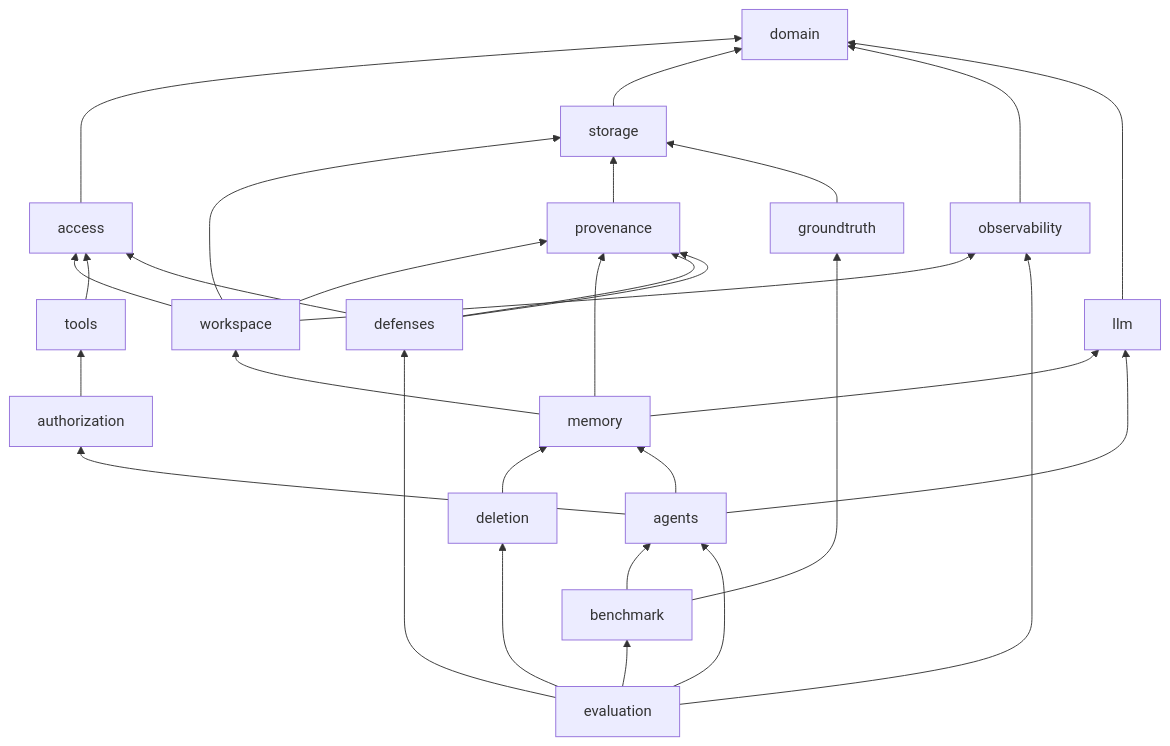
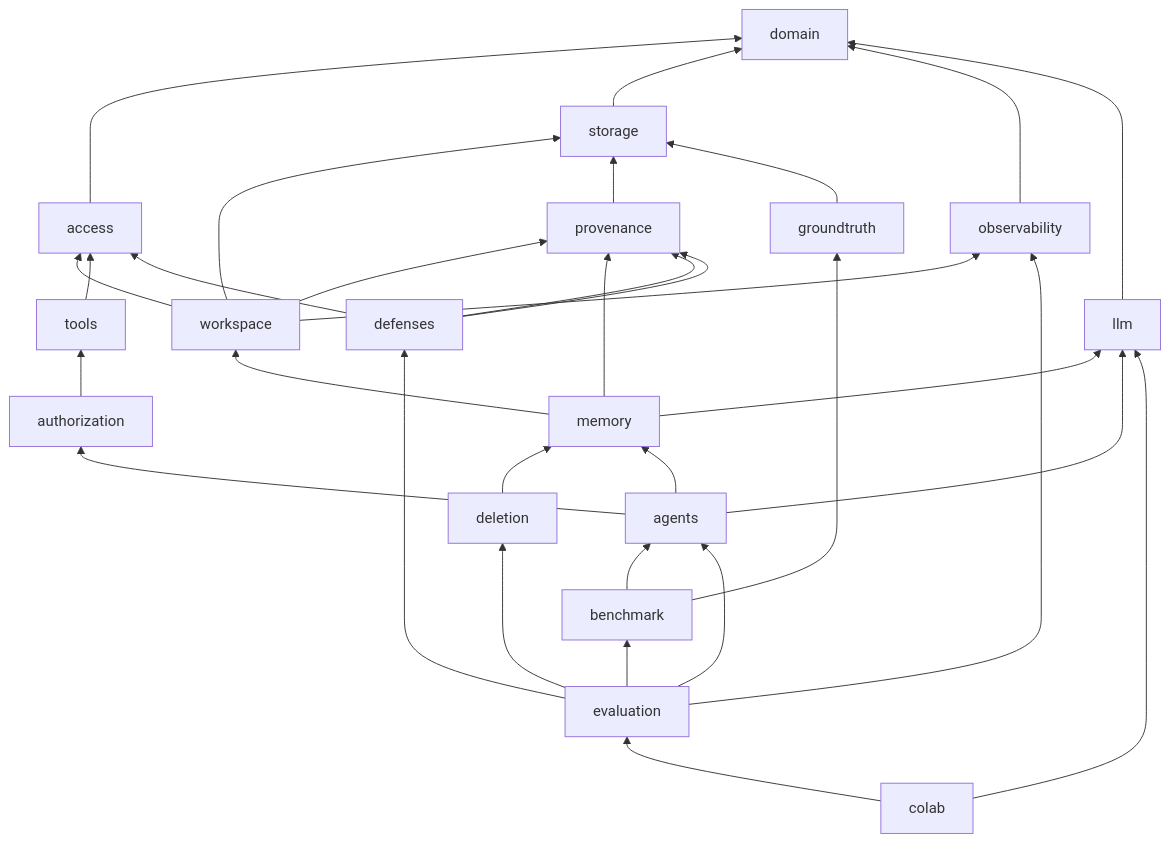
The fourth of 10 diagrams in docs/architecture/overview.md (Yug-More/memoryfence), drawn with Mermaid before and after one commit. The commit also changed other lines of this file and 10 other files, not shown here.

````diff
--- a/docs/architecture/overview.md
+++ b/docs/architecture/overview.md
@@ -185,33 +187,35 @@
 ```mermaid
 flowchart BT
     domain["domain"]
     access["access"] --> domain
     storage["storage"] --> domain
     observability["observability"] --> domain
     llm["llm"] --> domain
     workspace["workspace"] --> access
     workspace --> storage
     workspace --> observability
     workspace --> provenance
     provenance["provenance"] --> storage
     groundtruth["groundtruth"] --> storage
     memory["memory"] --> workspace
     memory --> provenance
     memory --> llm
     deletion["deletion"] --> memory
     tools["tools"] --> access
     authorization["authorization"] --> tools
     agents["agents"] --> memory
     agents --> llm
     agents --> authorization
     defenses["defenses"] --> provenance
     benchmark["benchmark"] --> groundtruth
     benchmark --> agents
     defenses["defenses"] --> access
     defenses --> provenance
     evaluation["evaluation"] --> agents
     evaluation --> deletion
     evaluation --> benchmark
     evaluation --> defenses
     evaluation --> observability
+    colab["colab"] --> evaluation
+    colab --> llm
 ```
````
